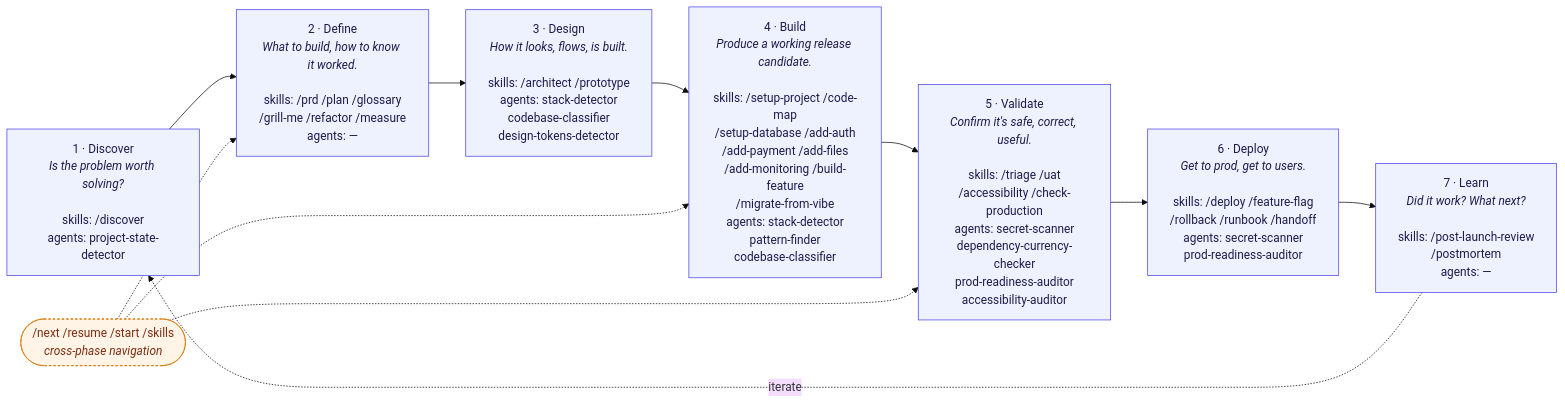
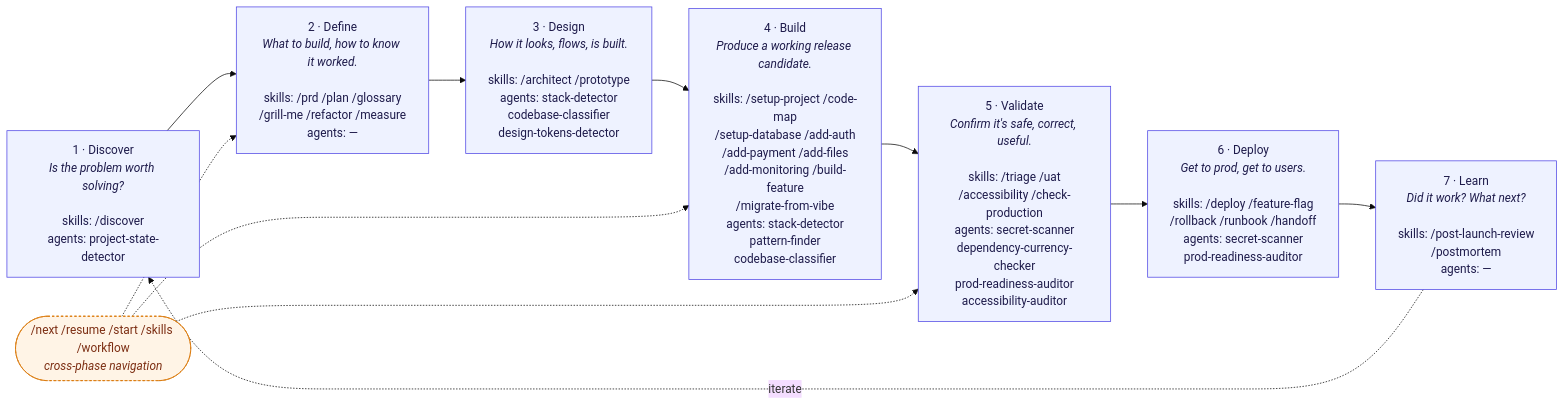
One commit to jnlanahan/Product-Agents-and-Skills changed the first of 2 diagrams in MAP.md. Above: the diagram before and after it, drawn with Mermaid (base theme). The commit also changed other lines of this file and 3 other files, not shown here.

````diff
--- a/MAP.md
+++ b/MAP.md
@@ -35,20 +35,20 @@
 ```mermaid
 flowchart LR
     P1["1 · Discover<br/><i>Is the problem worth solving?</i><br/><br/>skills: /discover<br/>agents: project-state-detector"]
     P2["2 · Define<br/><i>What to build, how to know it worked.</i><br/><br/>skills: /prd /plan /glossary<br/>/grill-me /refactor /measure<br/>agents: —"]
     P3["3 · Design<br/><i>How it looks, flows, is built.</i><br/><br/>skills: /architect /prototype<br/>agents: stack-detector<br/>codebase-classifier<br/>design-tokens-detector"]
     P4["4 · Build<br/><i>Produce a working release candidate.</i><br/><br/>skills: /setup-project /code-map<br/>/setup-database /add-auth<br/>/add-payment /add-files<br/>/add-monitoring /build-feature<br/>/migrate-from-vibe<br/>agents: stack-detector<br/>pattern-finder<br/>codebase-classifier"]
     P5["5 · Validate<br/><i>Confirm it's safe, correct, useful.</i><br/><br/>skills: /triage /uat<br/>/accessibility /check-production<br/>agents: secret-scanner<br/>dependency-currency-checker<br/>prod-readiness-auditor<br/>accessibility-auditor"]
     P6["6 · Deploy<br/><i>Get to prod, get to users.</i><br/><br/>skills: /deploy /feature-flag<br/>/rollback /runbook /handoff<br/>agents: secret-scanner<br/>prod-readiness-auditor"]
     P7["7 · Learn<br/><i>Did it work? What next?</i><br/><br/>skills: /post-launch-review<br/>/postmortem<br/>agents: —"]
 
     P1 --> P2 --> P3 --> P4 --> P5 --> P6 --> P7
     P7 -. iterate .-> P1
 
-    NS(["/next /resume /start /skills<br/><i>cross-phase navigation</i>"]):::cross
+    NS(["/next /resume /start /skills /workflow<br/><i>cross-phase navigation</i>"]):::cross
     NS -.-> P2 & P4 & P5
 
     classDef phase fill:#eef2ff,stroke:#4f46e5,color:#1e1b4b;
     classDef cross fill:#fff4e6,stroke:#d97706,color:#7c2d12,stroke-dasharray: 3 3;
     class P1,P2,P3,P4,P5,P6,P7 phase;
 ```
````
